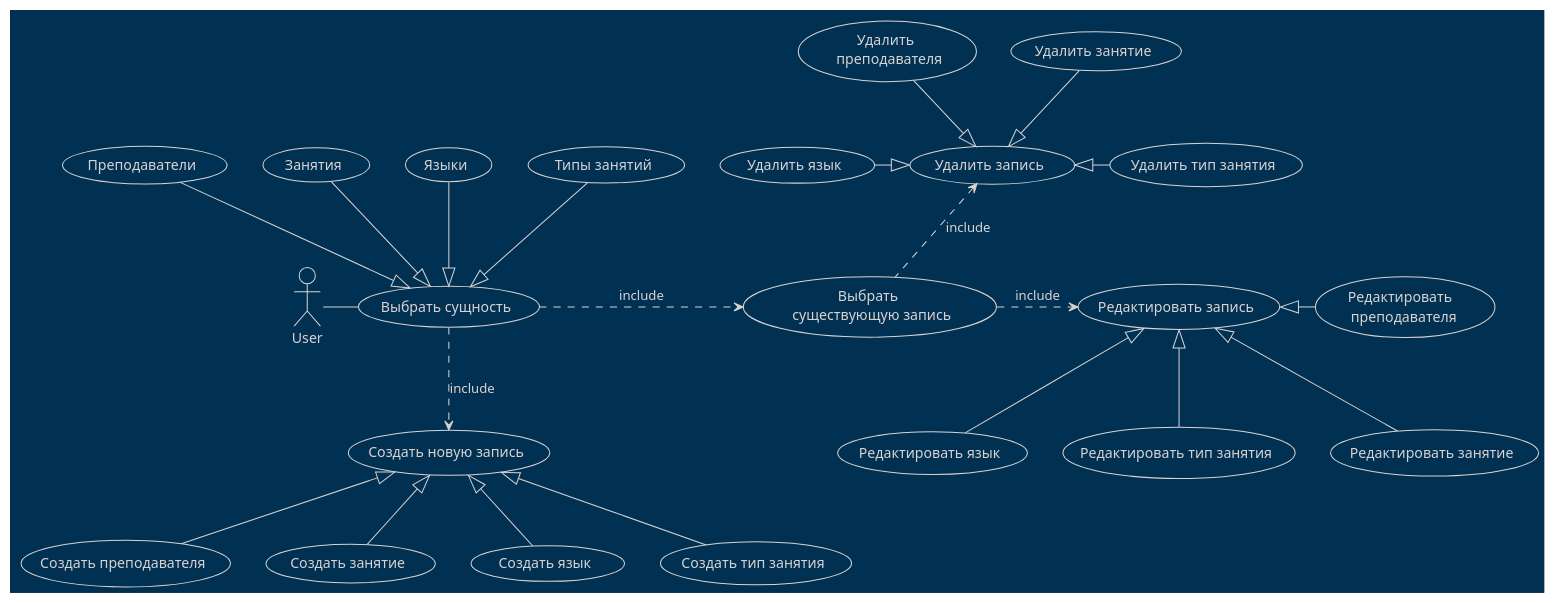
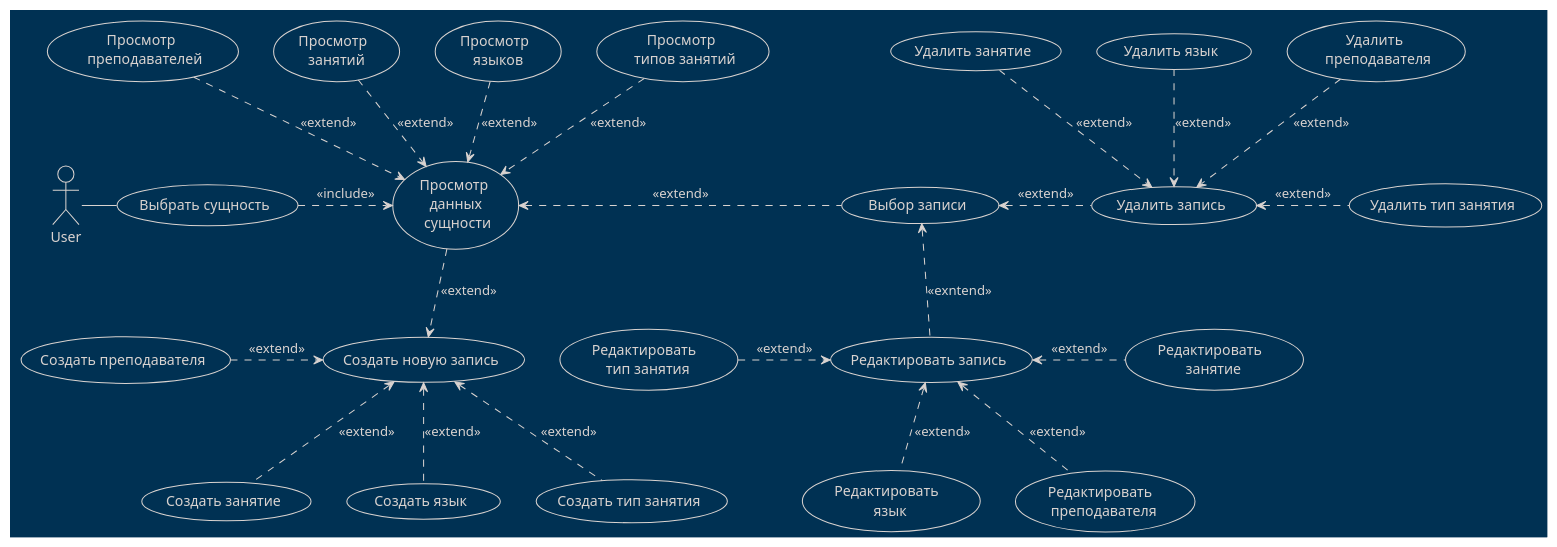
One commit to Maxim1720/LingoMentor changed the diagram in frontend/public/diagrams/use-case.puml. Above: the diagram before and after it, drawn with PlantUML.

Commit message:
To update use-case diagram. Previous version was wrong for stupid teacher.

```diff
--- a/frontend/public/diagrams/use-case.puml
+++ b/frontend/public/diagrams/use-case.puml
@@ -1,42 +1,41 @@
 @startuml useCase
 
 !theme blueprint
 
 actor User as u
-'database "База данных" as d
 usecase (Выбрать сущность) as ce
 usecase (Создать новую запись) as cn
-'usecase (Просмотр \n существующих \n записей) as ve
-usecase (Выбрать \n существующую запись) as ci
 usecase (Удалить запись) as di
 usecase (Редактировать запись) as ei
+usecase (Просмотр \n данных \n сущности) as vd
+usecase (Выбор записи) as choose_item
+u - ce
+ce .right.> vd: <<include>>
+vd .down.> cn: <<extend>>
 
-u - ce
-ce ..> cn : include
-ce .> ci : include
+vd <.right. choose_item : <<extend>>
+choose_item <.right. di : <<extend>>
+choose_item <.down. ei : <<exntend>>
 
-ci .up.> di: include
-ci .right.> ei: include
-
-(Преподаватели) -down-|> ce
-(Занятия) -down-|> ce
-(Языки) -down-|> ce
-(Типы занятий) -down-|> ce
+(Просмотр \n преподавателей) .down.> vd : <<extend>>
+(Просмотр \n занятий) .down.> vd : <<extend>>
+(Просмотр \n языков) .down.> vd : <<extend>>
+(Просмотр \n типов занятий) .down.> vd : <<extend>>
 
 
-(Создать преподавателя) -up-|> cn
-(Создать занятие) -up-|> cn
-(Создать язык) -up-|> cn
-(Создать тип занятия) -up-|> cn
+(Создать преподавателя) .right.> cn : <<extend>>
+(Создать занятие) .up.> cn : <<extend>>
+(Создать язык) .up.> cn : <<extend>>
+(Создать тип занятия) .up.> cn : <<extend>>
 
-(Удалить \n преподавателя) -down-|> di
-(Удалить занятие) -down-|> di
-(Удалить язык) -right-|> di
-(Удалить тип занятия) -left-|> di
+(Удалить \n преподавателя) .down.> di : <<extend>>
+(Удалить занятие) .down.> di : <<extend>>
+(Удалить язык) .down.> di : <<extend>>
+(Удалить тип занятия) .left.> di : <<extend>>
 
-(Редактировать \n преподавателя) -left-|> ei
-(Редактировать занятие) -up-|> ei
-(Редактировать язык) -up-|> ei
-(Редактировать тип занятия) -up-|> ei
+(Редактировать \n преподавателя) .up.> ei : <<extend>>
+(Редактировать \n занятие) .left.> ei : <<extend>>
+(Редактировать \n язык) .up.> ei : <<extend>>
+(Редактировать \n тип занятия) .right.> ei : <<extend>>
 
 @enduml
```
